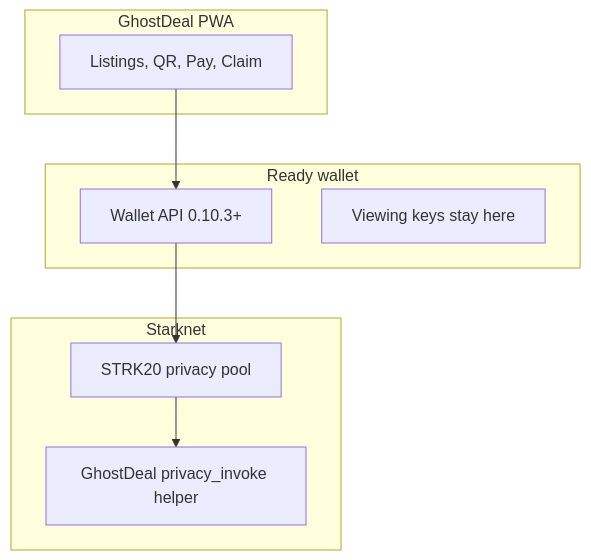
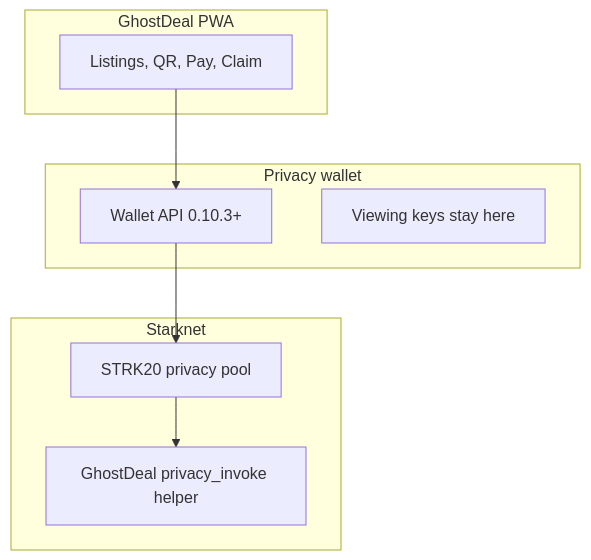
Before and after one commit to JaDi03/GhostDeal: the diagram in docs/architecture.md, drawn with Mermaid. The commit also changed other lines of this file and 8 other files, not shown here.

Commit message:
docs: complete hackathon submission artifacts and visual flow (#27)

````diff
--- a/docs/architecture.md
+++ b/docs/architecture.md
@@ -9,17 +9,17 @@
 ```mermaid
 flowchart TB
   subgraph ui ["GhostDeal PWA"]
     A["Listings, QR, Pay, Claim"]
   end
-  subgraph wallet ["Ready wallet"]
+  subgraph wallet ["Privacy wallet"]
     B["Wallet API 0.10.3+"]
     C["Viewing keys stay here"]
   end
   subgraph chain ["Starknet"]
     D["STRK20 privacy pool"]
     E["GhostDeal privacy_invoke helper"]
   end
   A --> B
   B --> D
   D --> E
 ```
````
